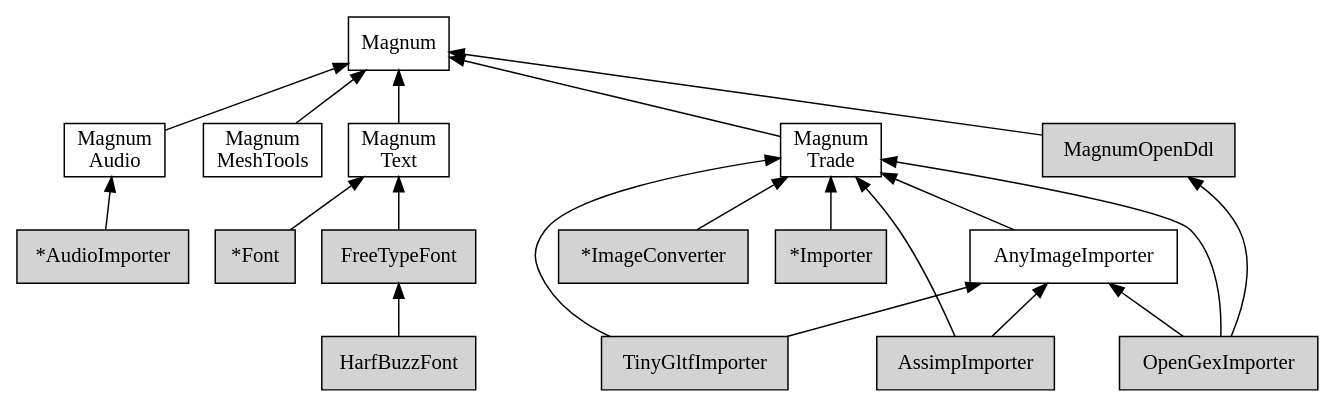
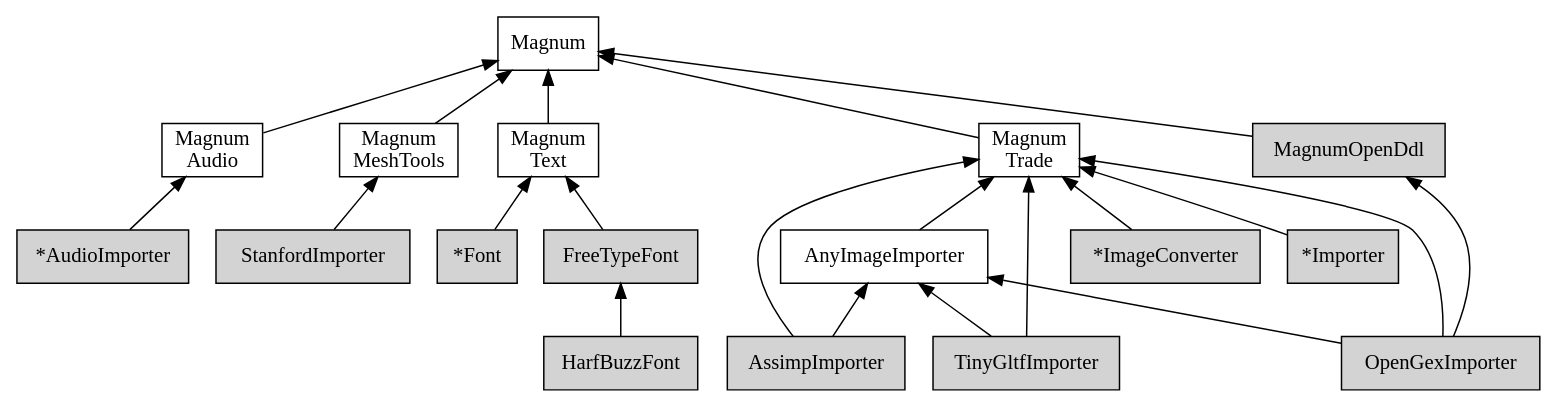
The diagram in doc/custom-buildsystems-plugins-order.dot (mosra/magnum-plugins), drawn with Graphviz before and after one commit. The commit also changed 19 other files, not shown here.

First line of the commit message:
StanfordImporter: turn per-face data into per-vertex by default.

```diff
--- a/doc/custom-buildsystems-plugins-order.dot
+++ b/doc/custom-buildsystems-plugins-order.dot
@@ -1,77 +1,78 @@
 /*
     This file is part of Magnum.
 
     Copyright © 2010, 2011, 2012, 2013, 2014, 2015, 2016, 2017, 2018, 2019
               Vladimír Vondruš <mosra@centrum.cz>
 
     Permission is hereby granted, free of charge, to any person obtaining a
     copy of this software and associated documentation files (the "Software"),
     to deal in the Software without restriction, including without limitation
     the rights to use, copy, modify, merge, publish, distribute, sublicense,
     and/or sell copies of the Software, and to permit persons to whom the
     Software is furnished to do so, subject to the following conditions:
 
     The above copyright notice and this permission notice shall be included
     in all copies or substantial portions of the Software.
 
     THE SOFTWARE IS PROVIDED "AS IS", WITHOUT WARRANTY OF ANY KIND, EXPRESS OR
     IMPLIED, INCLUDING BUT NOT LIMITED TO THE WARRANTIES OF MERCHANTABILITY,
     FITNESS FOR A PARTICULAR PURPOSE AND NONINFRINGEMENT. IN NO EVENT SHALL
     THE AUTHORS OR COPYRIGHT HOLDERS BE LIABLE FOR ANY CLAIM, DAMAGES OR OTHER
     LIABILITY, WHETHER IN AN ACTION OF CONTRACT, TORT OR OTHERWISE, ARISING
     FROM, OUT OF OR IN CONNECTION WITH THE SOFTWARE OR THE USE OR OTHER
     DEALINGS IN THE SOFTWARE.
 */
 
 digraph "Magnum Plugins dependency order" {
     rankdir=BT
     ranksep=0.5
     node [style=filled shape=rect margin="0.03,0.03"]
 
     Magnum [style=solid class="m-info"]
     MagnumAudio [style=solid label="Magnum\nAudio" class="m-info"]
     MagnumMeshTools [style=solid label="Magnum\nMeshTools" class="m-info"]
     MagnumText [style=solid label="Magnum\nText" class="m-info"]
     MagnumTrade [style=solid label="Magnum\nTrade" class="m-info"]
 
     {rank=same MagnumAudio MagnumMeshTools MagnumText MagnumTrade}
 
     AnyImageImporter [style=solid class="m-success"]
 
     MagnumOpenDdl [class="m-info"]
 
     AudioImporter [label="*AudioImporter" class="m-success"]
     ImageConverter [label="*ImageConverter" class="m-success"]
     Importer [label="*Importer" class="m-success"]
     Font [label="*Font" class="m-success"]
 
     AssimpImporter [class="m-success"]
     FreeTypeFont [class="m-success"]
     HarfBuzzFont [class="m-success"]
     OpenGexImporter [class="m-success"]
     TinyGltfImporter [class="m-success"]
 
     MagnumAudio -> Magnum [class="m-info"]
     MagnumMeshTools -> Magnum [class="m-info"]
     MagnumText -> Magnum [class="m-info"]
     MagnumTrade -> Magnum [class="m-info"]
 
     AnyImageImporter -> MagnumTrade [class="m-success"]
 
     MagnumOpenDdl -> Magnum
 
     AudioImporter -> MagnumAudio
     ImageConverter -> MagnumTrade
     Importer -> MagnumTrade
     Font -> MagnumText
 
     AssimpImporter -> MagnumTrade
     AssimpImporter -> AnyImageImporter
     FreeTypeFont -> MagnumText
     HarfBuzzFont -> FreeTypeFont
     OpenGexImporter -> MagnumTrade
     OpenGexImporter -> AnyImageImporter
     OpenGexImporter -> MagnumOpenDdl
+    StanfordImporter -> MagnumMeshTools
     TinyGltfImporter -> MagnumTrade
     TinyGltfImporter -> AnyImageImporter
 }
```
